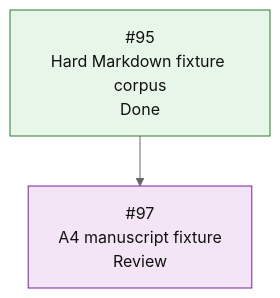
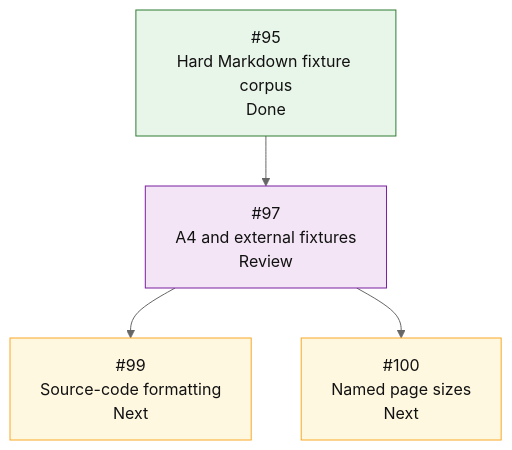
One commit to mihaelamj/MarkdownPDF changed the fifth of 5 diagrams in README.md. Above: the diagram before and after it, drawn with Mermaid (neutral theme). The commit also changed other lines of this file and 399 other files, not shown here.

Commit message:
test(pdf): add large external markdown fixtures

````diff
--- a/README.md
+++ b/README.md
@@ -400,15 +411,21 @@
 ```mermaid
 flowchart TD
     H0["#95<br/>Hard Markdown fixture corpus<br/>Done"]
-    H1["#97<br/>A4 manuscript fixture<br/>Review"]
+    H1["#97<br/>A4 and external fixtures<br/>Review"]
+    H2["#99<br/>Source-code formatting<br/>Next"]
+    H3["#100<br/>Named page sizes<br/>Next"]
 
     H0 --> H1
+    H1 --> H2
+    H1 --> H3
 
     classDef done fill:#e8f5e9,stroke:#2e7d32,color:#111;
     classDef active fill:#e3f2fd,stroke:#1565c0,color:#111;
     classDef review fill:#f3e5f5,stroke:#7b1fa2,color:#111;
     classDef next fill:#fff8e1,stroke:#f9a825,color:#111;
     classDef todo fill:#eef3ff,stroke:#3367d6,color:#111;
     class H0 done;
     class H1 review;
+    class H2 next;
+    class H3 next;
 ```
````
